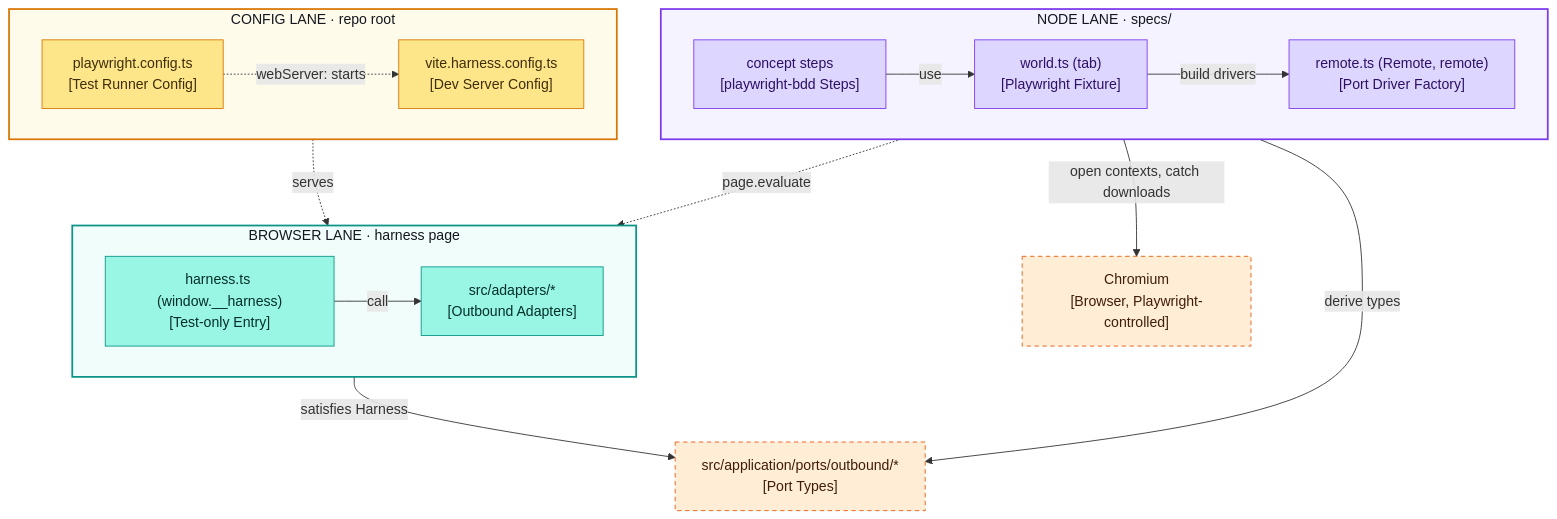
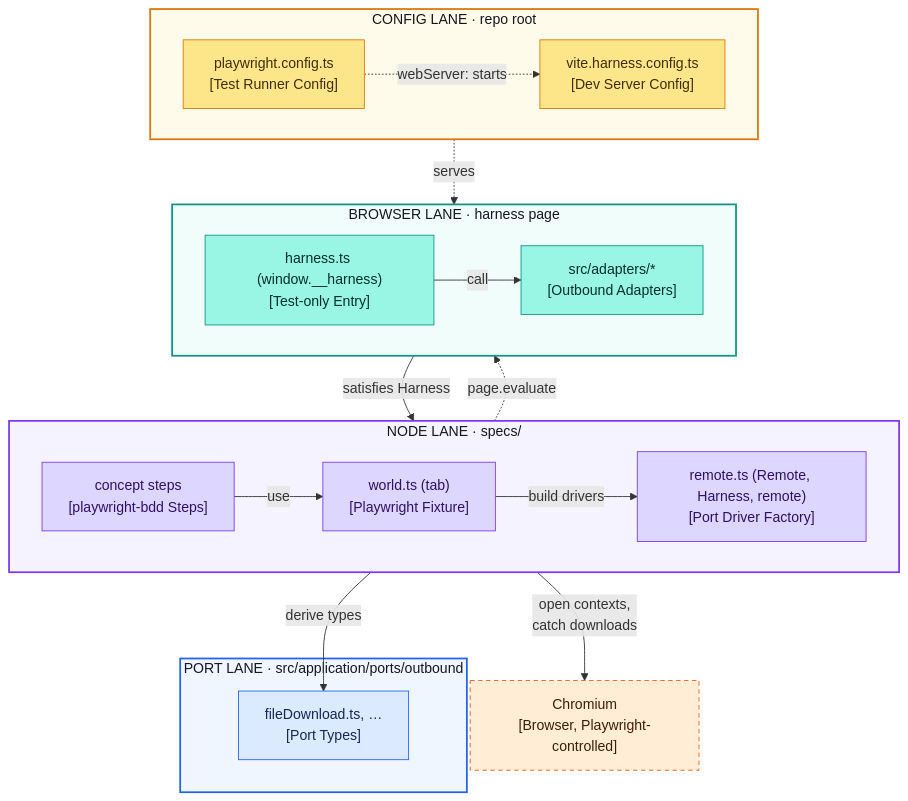
Before and after one commit to cfisch3r/estimate: the first of 3 diagrams in docs/technical/concepts/integration-testing.md, drawn with Mermaid. The commit also changed other lines of this file and 9 other files, not shown here.

````diff
--- a/docs/technical/concepts/integration-testing.md
+++ b/docs/technical/concepts/integration-testing.md
@@ -21,48 +21,54 @@
 ```mermaid
 flowchart TD
   subgraph nodelane["NODE LANE · specs/"]
     direction LR
     Steps["concept steps<br/>[playwright-bdd Steps]"]
     World["world.ts (tab)<br/>[Playwright Fixture]"]
-    Remote["remote.ts (Remote, remote)<br/>[Port Driver Factory]"]
+    Remote["remote.ts (Remote, Harness, remote)<br/>[Port Driver Factory]"]
   end
 
   subgraph configlane["CONFIG LANE · repo root"]
     direction LR
     PWConfig["playwright.config.ts<br/>[Test Runner Config]"]
     HarnessConfig["vite.harness.config.ts<br/>[Dev Server Config]"]
   end
 
   subgraph browserlane["BROWSER LANE · harness page"]
     direction LR
     Harness["harness.ts (window.__harness)<br/>[Test-only Entry]"]
     Adapters["src/adapters/*<br/>[Outbound Adapters]"]
   end
 
-  Ports["src/application/ports/outbound/*<br/>[Port Types]"]
+  subgraph portlane["PORT LANE · src/application/ports/outbound"]
+    Ports["fileDownload.ts, …<br/>[Port Types]"]
+  end
+
   Chromium["Chromium<br/>[Browser, Playwright-controlled]"]
 
   Steps -->|"use"| World
   World -->|"build drivers"| Remote
   Remote -.->|"page.evaluate"| Harness
   Harness -->|"call"| Adapters
+  Harness -->|"satisfies Harness"| Remote
   Remote -->|"derive types"| Ports
-  Harness -->|"satisfies Harness"| Ports
-  World -->|"open contexts, catch downloads"| Chromium
+  World -->|"open contexts,<br/>catch downloads"| Chromium
   PWConfig -.->|"webServer: starts"| HarnessConfig
   HarnessConfig -.->|"serves"| Harness
 
   classDef node  fill:#DDD6FE,stroke:#7C3AED,color:#2E1065
   classDef cfg   fill:#FDE68A,stroke:#D97706,color:#3F2D0B
   classDef brw   fill:#99F6E4,stroke:#0D9488,color:#042F2A
+  classDef port  fill:#DBEAFE,stroke:#2563EB,color:#172554
   classDef ext   fill:#FFEDD5,stroke:#EA580C,color:#3F1D0B,stroke-dasharray:5 4
 
   class Steps,World,Remote node
   class PWConfig,HarnessConfig cfg
   class Harness,Adapters brw
-  class Ports,Chromium ext
+  class Ports port
+  class Chromium ext
 
   style nodelane fill:#F5F3FF,stroke:#7C3AED,stroke-width:2px,color:#14171f
   style configlane fill:#FFFBEB,stroke:#D97706,stroke-width:2px,color:#14171f
   style browserlane fill:#F0FDFA,stroke:#0D9488,stroke-width:2px,color:#14171f
+  style portlane fill:#EFF6FF,stroke:#2563EB,stroke-width:2px,color:#14171f
 ```
````
